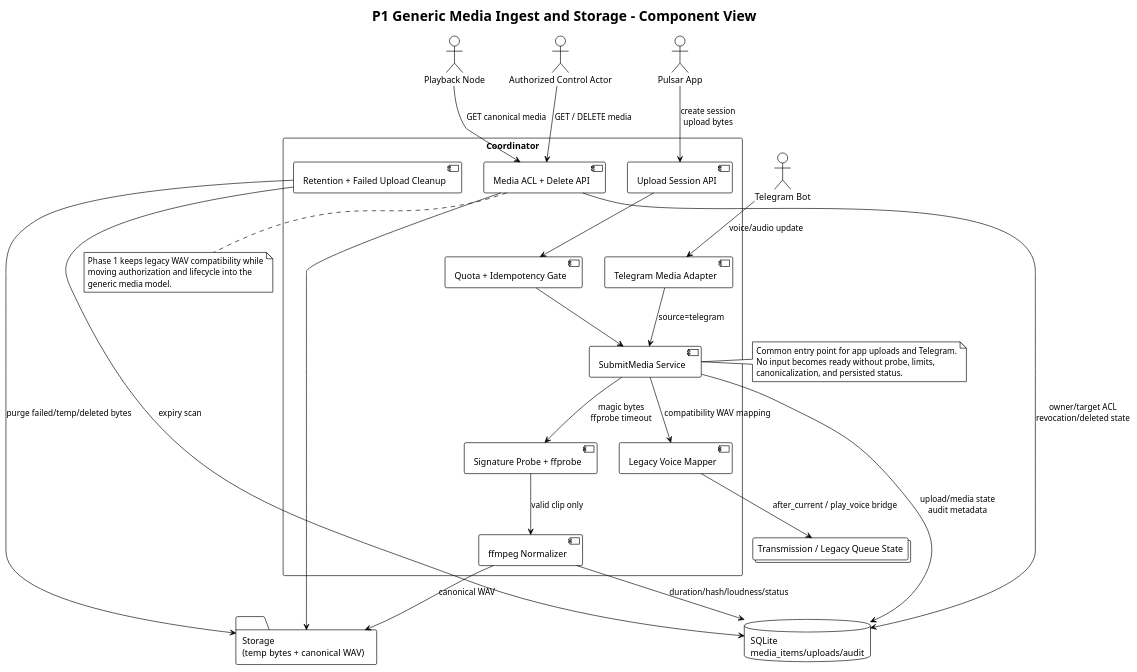
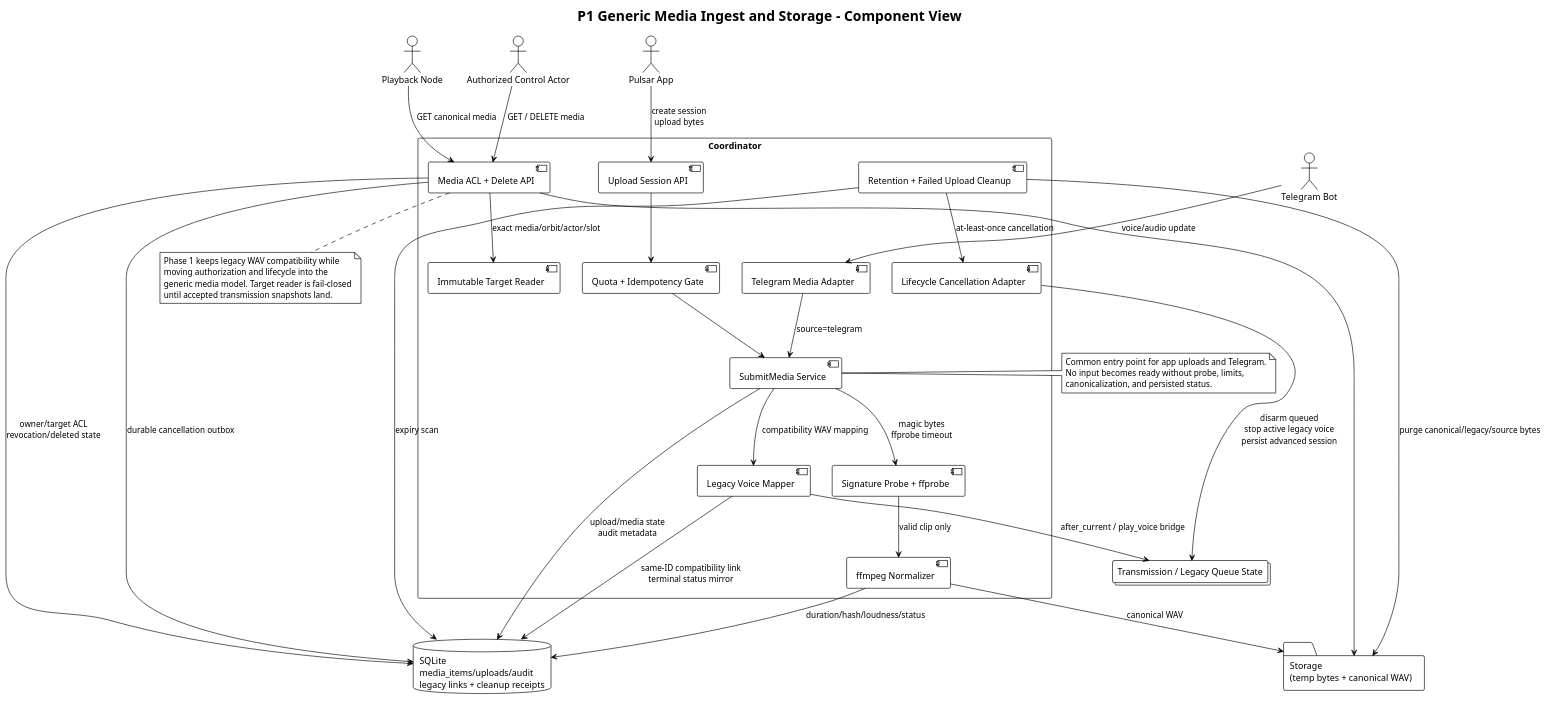
Before and after one commit to relux-works/barycenter: the diagram in .task-board/.resources/TASK-260712-gj0cko/p1-media-ingest-component.puml, drawn with PlantUML. The commit also changed 3 other files, not shown here.

Commit message:
chore(board): track media lifecycle review

```diff
--- a/.task-board/.resources/TASK-260712-gj0cko/p1-media-ingest-component.puml
+++ b/.task-board/.resources/TASK-260712-gj0cko/p1-media-ingest-component.puml
@@ -1,61 +1,69 @@
 @startuml
 !theme plain
 title P1 Generic Media Ingest and Storage - Component View
 
 actor "Pulsar App" as App
 actor "Telegram Bot" as Tg
 actor "Playback Node" as Node
 actor "Authorized Control Actor" as Control
 
 rectangle "Coordinator" {
   [Upload Session API] as UploadAPI
   [Telegram Media Adapter] as TgAdapter
   [SubmitMedia Service] as SubmitMedia
   [Quota + Idempotency Gate] as Gate
   [Signature Probe + ffprobe] as Probe
   [ffmpeg Normalizer] as Normalize
   [Media ACL + Delete API] as MediaAPI
+  [Immutable Target Reader] as Targets
   [Legacy Voice Mapper] as Legacy
   [Retention + Failed Upload Cleanup] as Retention
+  [Lifecycle Cancellation Adapter] as Cancel
 }
 
-database "SQLite\nmedia_items/uploads/audit" as DB
+database "SQLite\nmedia_items/uploads/audit\nlegacy links + cleanup receipts" as DB
 folder "Storage\n(temp bytes + canonical WAV)" as Blob
 collections "Transmission / Legacy Queue State" as Delivery
 
 App --> UploadAPI : create session\nupload bytes
 UploadAPI --> Gate
 Gate --> SubmitMedia
 
 Tg --> TgAdapter : voice/audio update
 TgAdapter --> SubmitMedia : source=telegram
 
 SubmitMedia --> Probe : magic bytes\nffprobe timeout
 Probe --> Normalize : valid clip only
 Normalize --> Blob : canonical WAV
 Normalize --> DB : duration/hash/loudness/status
 SubmitMedia --> DB : upload/media state\naudit metadata
 SubmitMedia --> Legacy : compatibility WAV mapping
 Legacy --> Delivery : after_current / play_voice bridge
+Legacy --> DB : same-ID compatibility link\nterminal status mirror
 
 Control --> MediaAPI : GET / DELETE media
 Node --> MediaAPI : GET canonical media
 MediaAPI --> DB : owner/target ACL\nrevocation/deleted state
+MediaAPI --> Targets : exact media/orbit/actor/slot
 MediaAPI --> Blob
+MediaAPI --> DB : durable cancellation outbox
 
 Retention --> DB : expiry scan
-Retention --> Blob : purge failed/temp/deleted bytes
+Retention --> Blob : purge canonical/legacy/source bytes
+Retention --> Cancel : at-least-once cancellation
+Cancel --> Delivery : disarm queued\nstop active legacy voice\npersist advanced session
 
 note right of SubmitMedia
   Common entry point for app uploads and Telegram.
   No input becomes ready without probe, limits,
   canonicalization, and persisted status.
 end note
 
 note bottom of MediaAPI
   Phase 1 keeps legacy WAV compatibility while
   moving authorization and lifecycle into the
-  generic media model.
+  generic media model. Target reader is fail-closed
+  until accepted transmission snapshots land.
 end note
 
 @enduml
```
